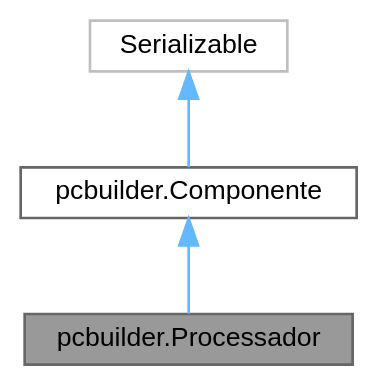
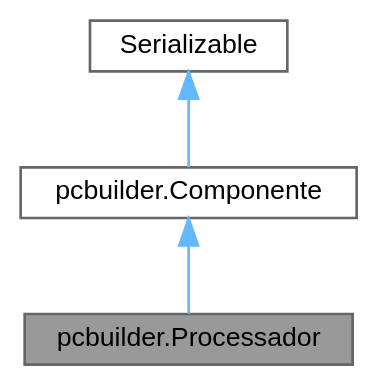
Before and after one commit to DenisAC2/PC-Builder-Java: the diagram in classpcbuilder_1_1Processador__coll__graph.dot, drawn with Graphviz. The commit also changed 182 other files, not shown here.

```diff
--- a/classpcbuilder_1_1Processador__coll__graph.dot
+++ b/classpcbuilder_1_1Processador__coll__graph.dot
@@ -1,12 +1,12 @@
 digraph "pcbuilder.Processador"
 {
  // LATEX_PDF_SIZE
   bgcolor="transparent";
   edge [fontname=Helvetica,fontsize=10,labelfontname=Helvetica,labelfontsize=10];
   node [fontname=Helvetica,fontsize=10,shape=box,height=0.2,width=0.4];
   Node1 [id="Node000001",label="pcbuilder.Processador",height=0.2,width=0.4,color="gray40", fillcolor="grey60", style="filled", fontcolor="black",tooltip="Representa o processador (CPU) do sistema. Extende a classe base Componente e adiciona característica..."];
   Node2 -> Node1 [id="edge1_Node000001_Node000002",dir="back",color="steelblue1",style="solid",tooltip=" "];
   Node2 [id="Node000002",label="pcbuilder.Componente",height=0.2,width=0.4,color="gray40", fillcolor="white", style="filled",URL="$classpcbuilder_1_1Componente.html",tooltip="Classe abstrata base para todos os hardwares do sistema. Centraliza os atributos comuns como marca,..."];
   Node3 -> Node2 [id="edge2_Node000002_Node000003",dir="back",color="steelblue1",style="solid",tooltip=" "];
-  Node3 [id="Node000003",label="Serializable",height=0.2,width=0.4,color="grey75", fillcolor="white", style="filled",tooltip=" "];
+  Node3 [id="Node000003",label="Serializable",height=0.2,width=0.4,color="gray40", fillcolor="white", style="filled",tooltip=" "];
 }
```
